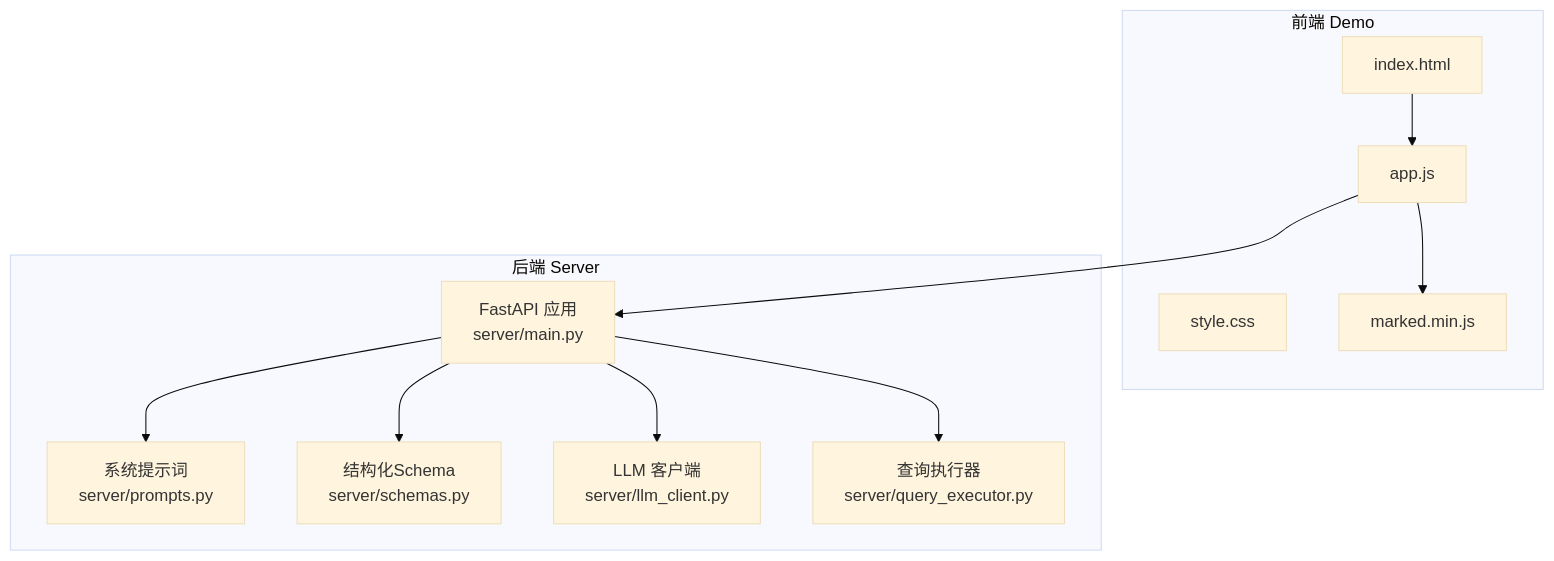
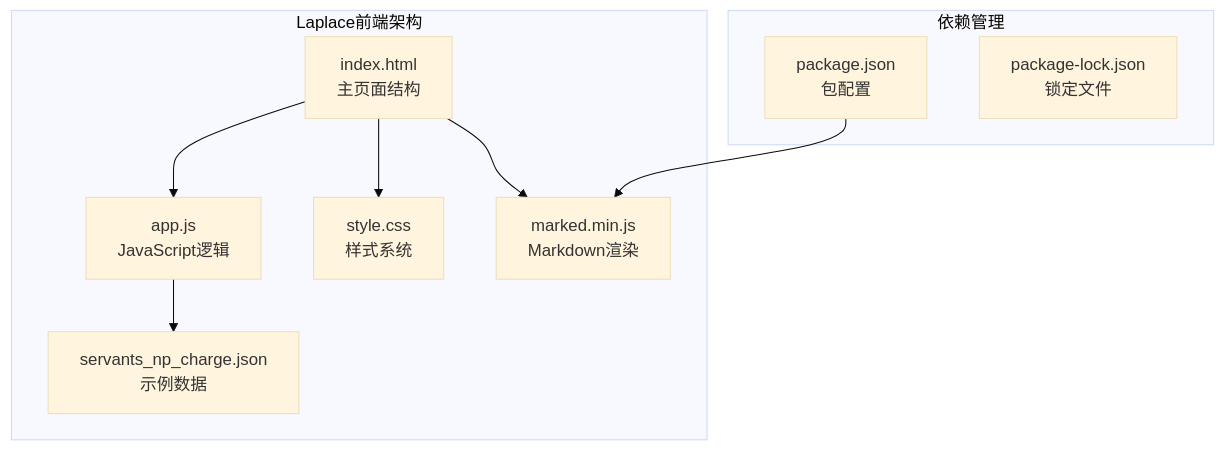
One commit to kanoha222/Laplace changed the first of 12 diagrams in .qoder/repowiki/zh/content/前端界面.md. Above: the diagram before and after it, drawn with Mermaid (base theme). The commit also changed other lines of this file and 54 other files, not shown here.

````diff
--- a/.qoder/repowiki/zh/content/前端界面.md
+++ b/.qoder/repowiki/zh/content/前端界面.md
@@ -35,23 +37,19 @@
 ```mermaid
 graph TB
-subgraph "前端 Demo"
-HTML["index.html"]
-JS["app.js"]
-CSS["style.css"]
-MARKED["marked.min.js"]
+subgraph "Laplace前端架构"
+HTML[index.html<br/>主页面结构]
+JS[app.js<br/>JavaScript逻辑]
+CSS[style.css<br/>样式系统]
+MARKED[marked.min.js<br/>Markdown渲染]
+DATA[servants_np_charge.json<br/>示例数据]
 end
-subgraph "后端 Server"
-FASTAPI["FastAPI 应用<br/>server/main.py"]
-PROMPTS["系统提示词<br/>server/prompts.py"]
-SCHEMAS["结构化Schema<br/>server/schemas.py"]
-LLM["LLM 客户端<br/>server/llm_client.py"]
-QUERY["查询执行器<br/>server/query_executor.py"]
+subgraph "依赖管理"
+PKG[package.json<br/>包配置]
+LOCK[package-lock.json<br/>锁定文件]
 end
 HTML --> JS
-JS --> MARKED
-JS --> FASTAPI
-FASTAPI --> PROMPTS
-FASTAPI --> SCHEMAS
-FASTAPI --> LLM
-FASTAPI --> QUERY
+HTML --> CSS
+HTML --> MARKED
+JS --> DATA
+PKG --> MARKED
 ```
````
